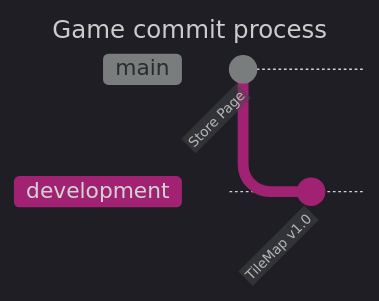
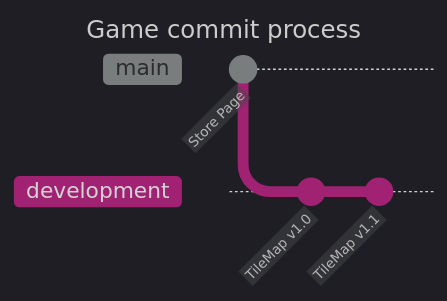
The first of 2 diagrams in dist/README.md (Jacobchestnut16/GremmiGoesToMars), drawn with Mermaid before and after one commit.

Commit message:
Milestone 1 - World Foundation: Tv1.1

````diff
--- a/dist/README.md
+++ b/dist/README.md
@@ -14,12 +14,13 @@
 ```mermaid
 ---
     title: Game commit process
     config:
         theme: dark
 ---
 gitGraph
     commit id: "Store Page"
     branch development
     commit id: "TileMap v1.0"
+    commit id: "TileMap v1.1"
     
 ```
````
